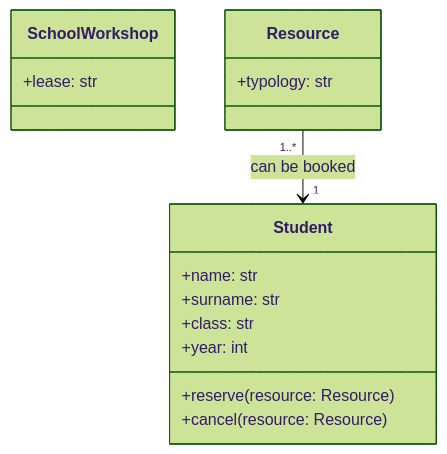
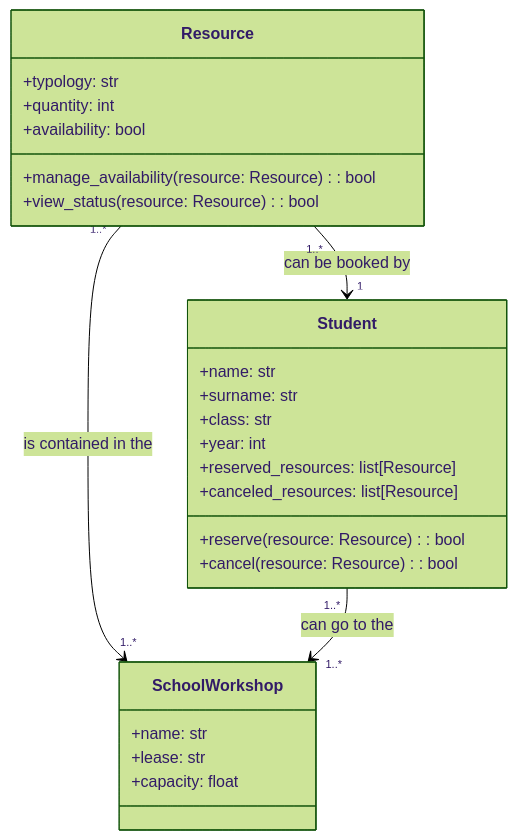
Before and after one commit to LucaPontellini/Homepage: the diagram in Computer_science/New_Python_exercises/Exercises_with_MarmaidJS/Pontellini_030.md, drawn with Mermaid (forest theme).

````diff
--- a/Computer_science/New_Python_exercises/Exercises_with_MarmaidJS/Pontellini_030.md
+++ b/Computer_science/New_Python_exercises/Exercises_with_MarmaidJS/Pontellini_030.md
@@ -8,22 +8,32 @@
 ```mermaid
 classDiagram
 
     class Student {
         +name: str
         +surname: str
         +class: str
         +year: int
-        +reserve(resource: Resource)
-        +cancel(resource: Resource)
+        +reserved_resources: list[Resource]
+        +canceled_resources: list[Resource]
+        +reserve(resource: Resource): bool
+        +cancel(resource: Resource): bool
     }
 
     class SchoolWorkshop {
+        +name: str
         +lease: str
+        +capacity: float
     }
 
     class Resource {
         +typology: str
+        +quantity: int
+        +availability: bool
+        +manage_availability(resource: Resource): bool
+        +view_status(resource: Resource): bool
     }
 
-Resource "1..*" --> "1" Student : can be booked
+Resource "1..*" --> "1" Student : can be booked by
+Resource "1..*" --> "1..*" SchoolWorkshop : is contained in the
+Student "1..*" --> "1..*" SchoolWorkshop : can go to the
 ```
````
